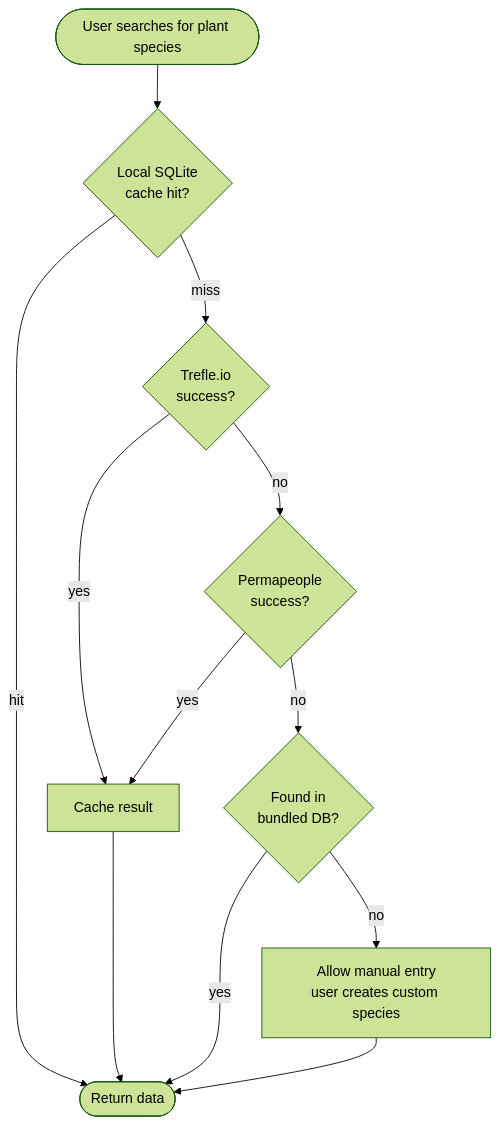
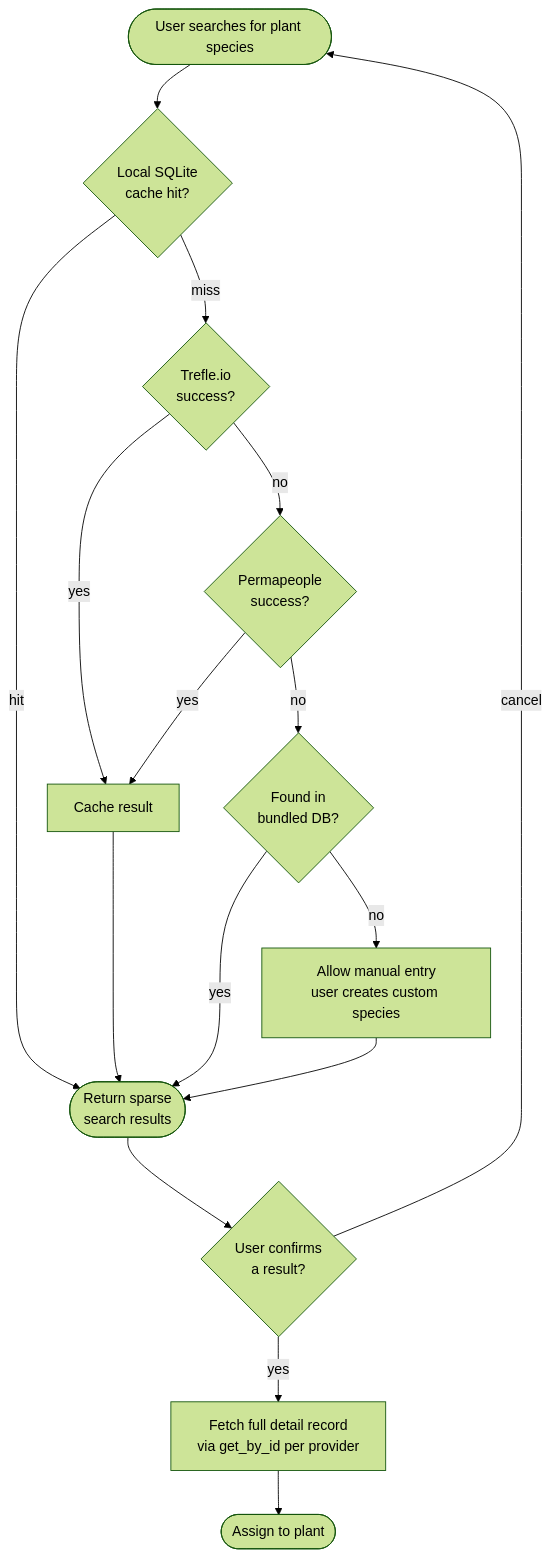
Before and after one commit to cofade/open-garden-planner: the fourth of 8 diagrams in docs/06-runtime-view/README.md, drawn with Mermaid (forest theme). The commit also changed other lines of this file and 7 other files, not shown here.

````diff
--- a/docs/06-runtime-view/README.md
+++ b/docs/06-runtime-view/README.md
@@ -61,23 +61,30 @@
 ```mermaid
 flowchart TD
     Start([User searches for plant species])
     Cache{Local SQLite<br/>cache hit?}
     Trefle{Trefle.io<br/>success?}
     Perma{Permapeople<br/>success?}
     Bundled{Found in<br/>bundled DB?}
     Manual[Allow manual entry<br/>user creates custom species]
-    Return([Return data])
+    Return([Return sparse<br/>search results])
     CacheWrite[Cache result]
+    Confirm{User confirms<br/>a result?}
+    Detail[Fetch full detail record<br/>via get_by_id per provider]
+    Assign([Assign to plant])
 
     Start --> Cache
     Cache -->|hit| Return
     Cache -->|miss| Trefle
     Trefle -->|yes| CacheWrite
     Trefle -->|no| Perma
     Perma -->|yes| CacheWrite
     Perma -->|no| Bundled
     Bundled -->|yes| Return
     Bundled -->|no| Manual
     Manual --> Return
     CacheWrite --> Return
+    Return --> Confirm
+    Confirm -->|cancel| Start
+    Confirm -->|yes| Detail
+    Detail --> Assign
 ```
````
